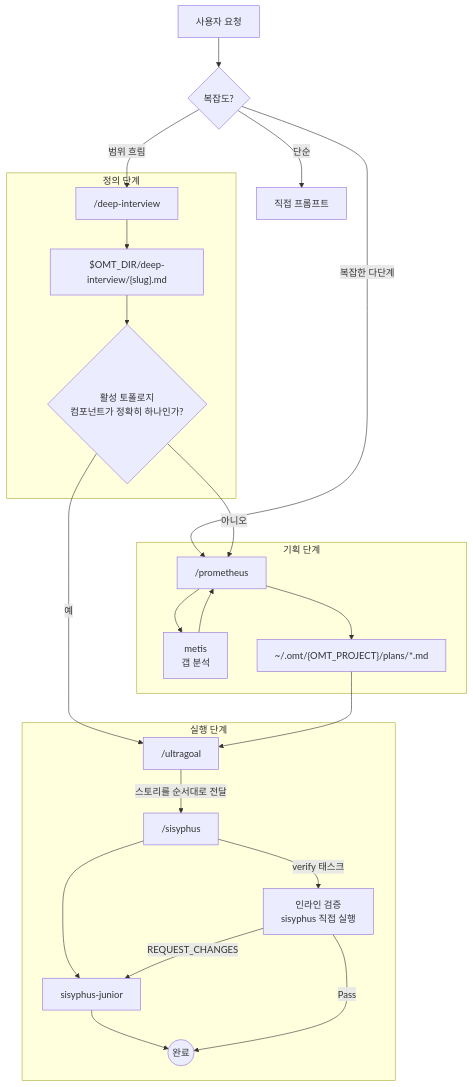
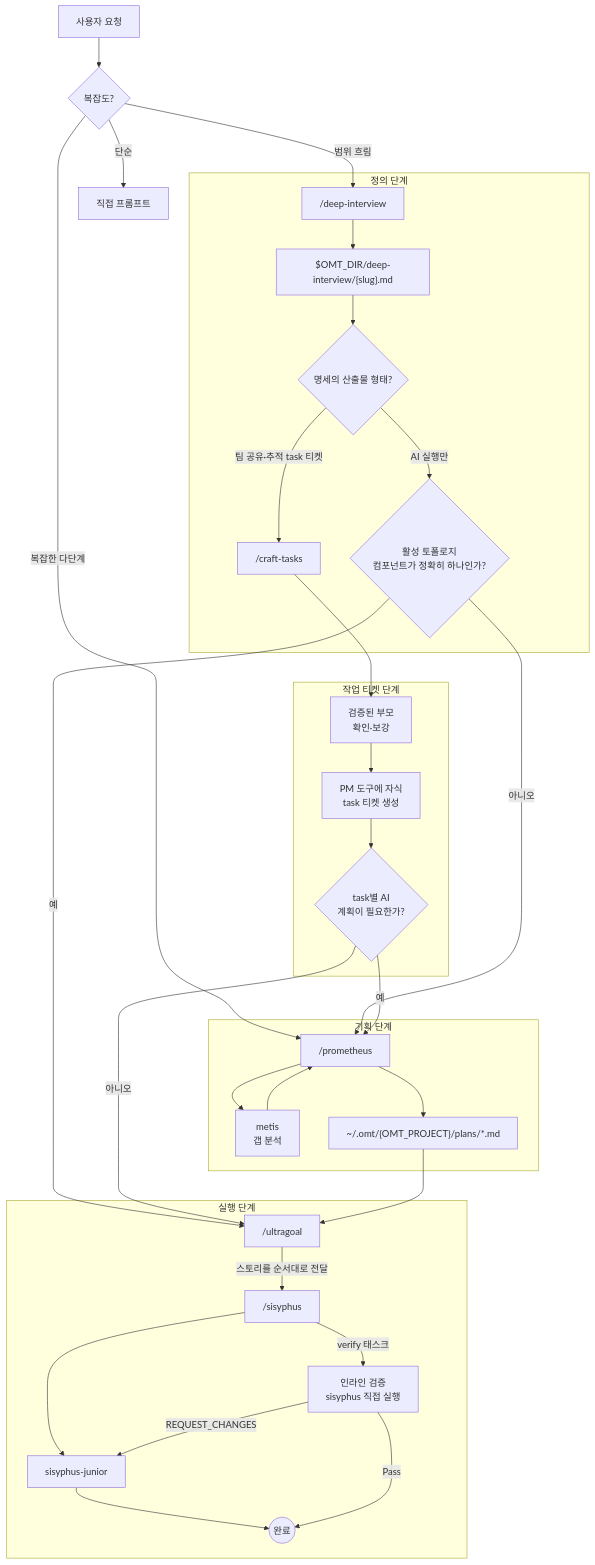
The diagram in docs/ORCHESTRATION.md (toongri/oh-my-toong-playground), drawn with Mermaid before and after one commit. The commit also changed other lines of this file and 1 other file, not shown here.

````diff
--- a/docs/ORCHESTRATION.md
+++ b/docs/ORCHESTRATION.md
@@ -51,31 +59,41 @@
 ```mermaid
 flowchart TD
     User[사용자 요청] --> Decision{복잡도?}
 
     Decision -->|단순| Direct[직접 프롬프트]
     Decision -->|범위 흐림| DeepInterview["/deep-interview"]
     Decision -->|복잡한 다단계| Prometheus
 
     subgraph 정의 단계
         DeepInterview --> SpecFile["$OMT_DIR/deep-interview/{slug}.md"]
-        SpecFile --> Route{활성 토폴로지<br/>컴포넌트가 정확히 하나인가?}
+        SpecFile --> Output{명세의 산출물 형태?}
+        Output -->|팀 공유·추적 task 티켓| CraftTasks["/craft-tasks"]
+        Output -->|AI 실행만| Route{활성 토폴로지<br/>컴포넌트가 정확히 하나인가?}
+    end
+
+    subgraph 작업 티켓 단계
+        CraftTasks --> Parent["검증된 부모<br/>확인·보강"]
+        Parent --> ChildTickets["PM 도구에 자식<br/>task 티켓 생성"]
+        ChildTickets --> TaskPlan{task별 AI<br/>계획이 필요한가?}
     end
 
     subgraph 기획 단계
         Route -->|아니오| Prometheus["/prometheus"]
+        TaskPlan -->|예| Prometheus
         Prometheus --> Metis[metis<br/>갭 분석]
         Metis --> Prometheus
         Prometheus --> PlanFile["~/.omt/{OMT_PROJECT}/plans/*.md"]
     end
 
     subgraph 실행 단계
         Route -->|예| Ultragoal["/ultragoal"]
+        TaskPlan -->|아니오| Ultragoal
         PlanFile --> Ultragoal
         Ultragoal -->|스토리를 순서대로 전달| Sisyphus["/sisyphus"]
         Sisyphus --> Junior[sisyphus-junior]
         Junior --> Done((완료))
         Sisyphus -->|verify 태스크| QA[인라인 검증<br/>sisyphus 직접 실행]
         QA -->|Pass| Done
         QA -->|REQUEST_CHANGES| Junior
     end
 ```
````
